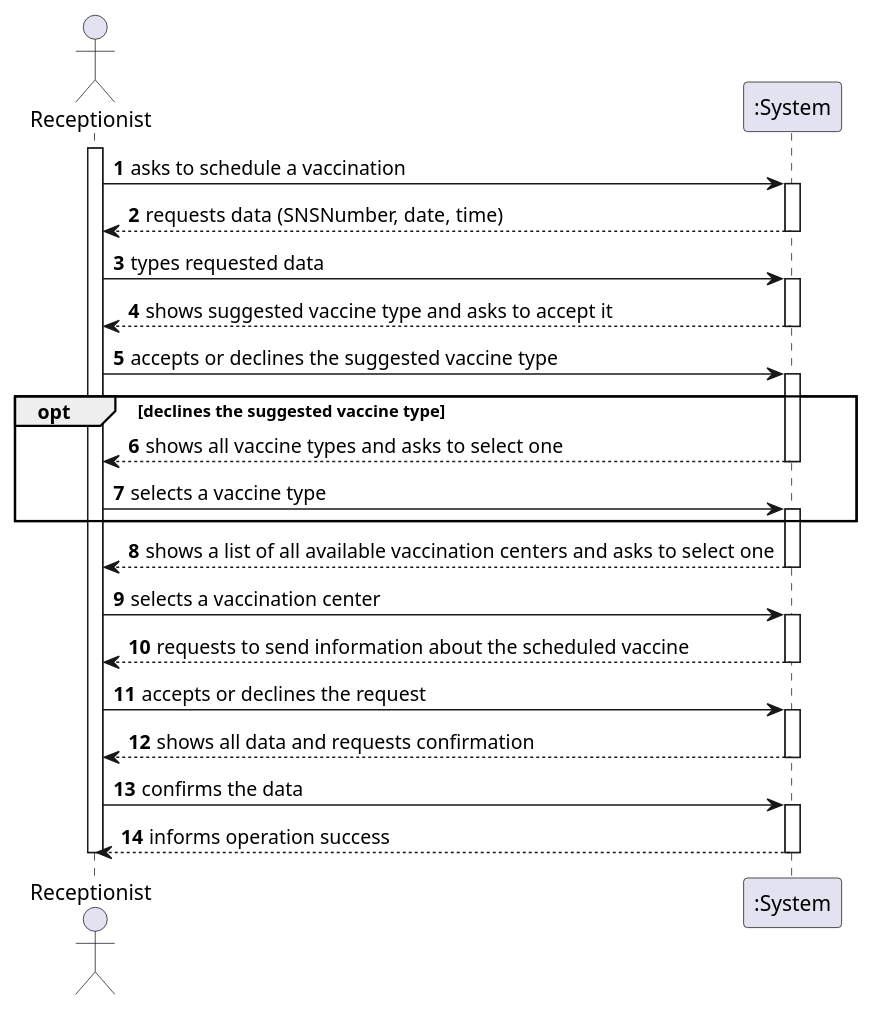
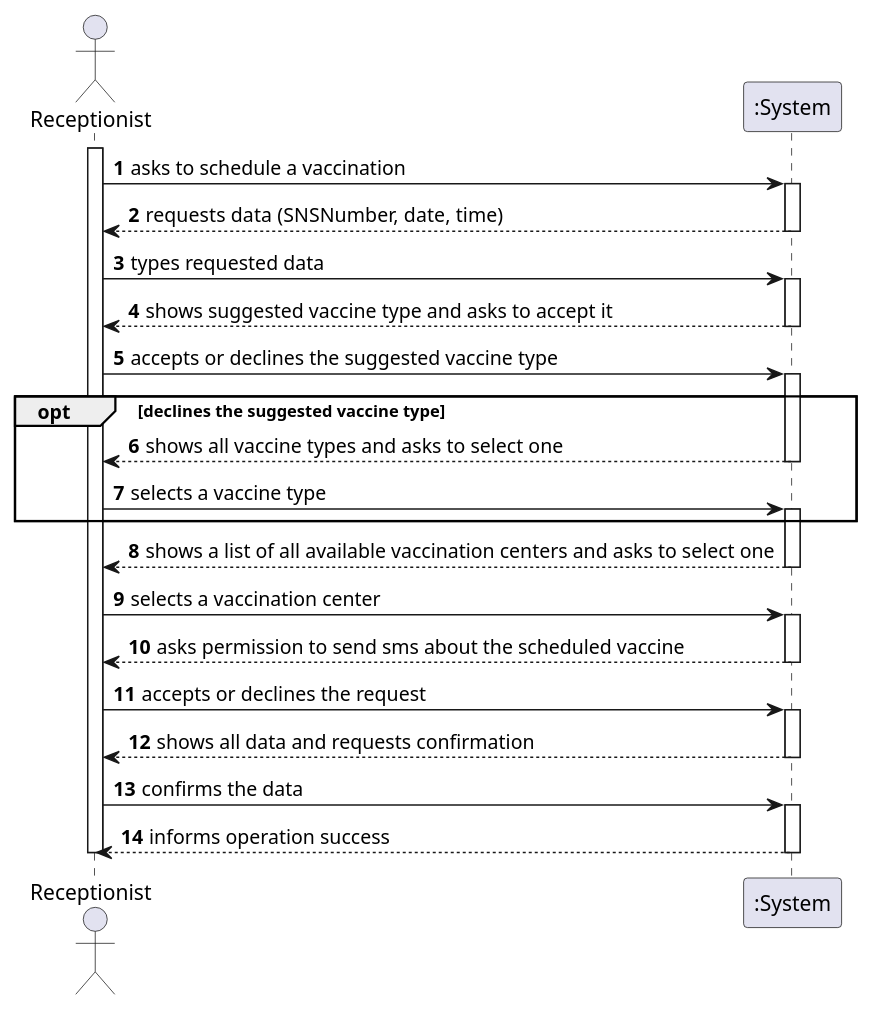
One commit to miseEnPlace-i/lapr2 changed the diagram in docs/SprintC/US02/SSD/US02_SSD.puml. Above: the diagram before and after it, drawn with PlantUML. The commit also changed 1 other file, not shown here.

```diff
--- a/docs/SprintC/US02/SSD/US02_SSD.puml
+++ b/docs/SprintC/US02/SSD/US02_SSD.puml
@@ -1,45 +1,45 @@
 @startuml US02_SSD
 autonumber
 actor "Receptionist" as Recept
 
 activate Recept
 Recept -> ":System" : asks to schedule a vaccination
 activate ":System"
 ":System" --> Recept : requests data (SNSNumber, date, time)
 deactivate ":System"
 Recept -> ":System" : types requested data
 activate ":System"
 
 ":System" --> Recept : shows suggested vaccine type and asks to accept it
 deactivate ":System"
 Recept -> ":System" : accepts or declines the suggested vaccine type
 activate ":System"
 
 opt declines the suggested vaccine type
 ":System" --> Recept : shows all vaccine types and asks to select one
 deactivate ":System"
 Recept -> ":System" : selects a vaccine type
 activate ":System"
 end
 
 ":System" --> Recept: shows a list of all available vaccination centers and asks to select one
 deactivate ":System"
 Recept -> ":System" : selects a vaccination center
 activate ":System"
 
-":System" --> Recept : requests to send information about the scheduled vaccine 
+":System" --> Recept : asks permission to send sms about the scheduled vaccine
 deactivate ":System"
 Recept -> ":System" : accepts or declines the request
 activate ":System"
 
 ":System" --> Recept : shows all data and requests confirmation
 deactivate ":System"
 Recept -> ":System" : confirms the data
 activate ":System"
 
 ":System" --> Recept : informs operation success
 deactivate ":System"
 
 deactivate Recept
 
 @enduml
```
